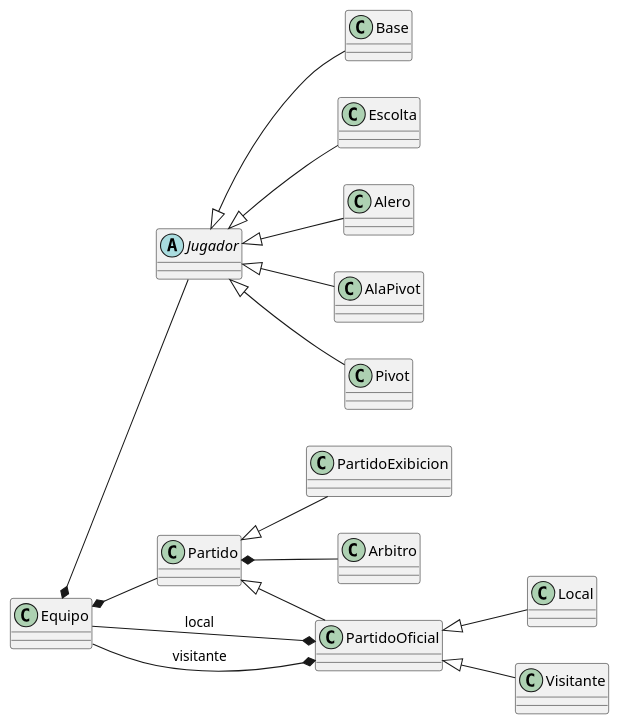
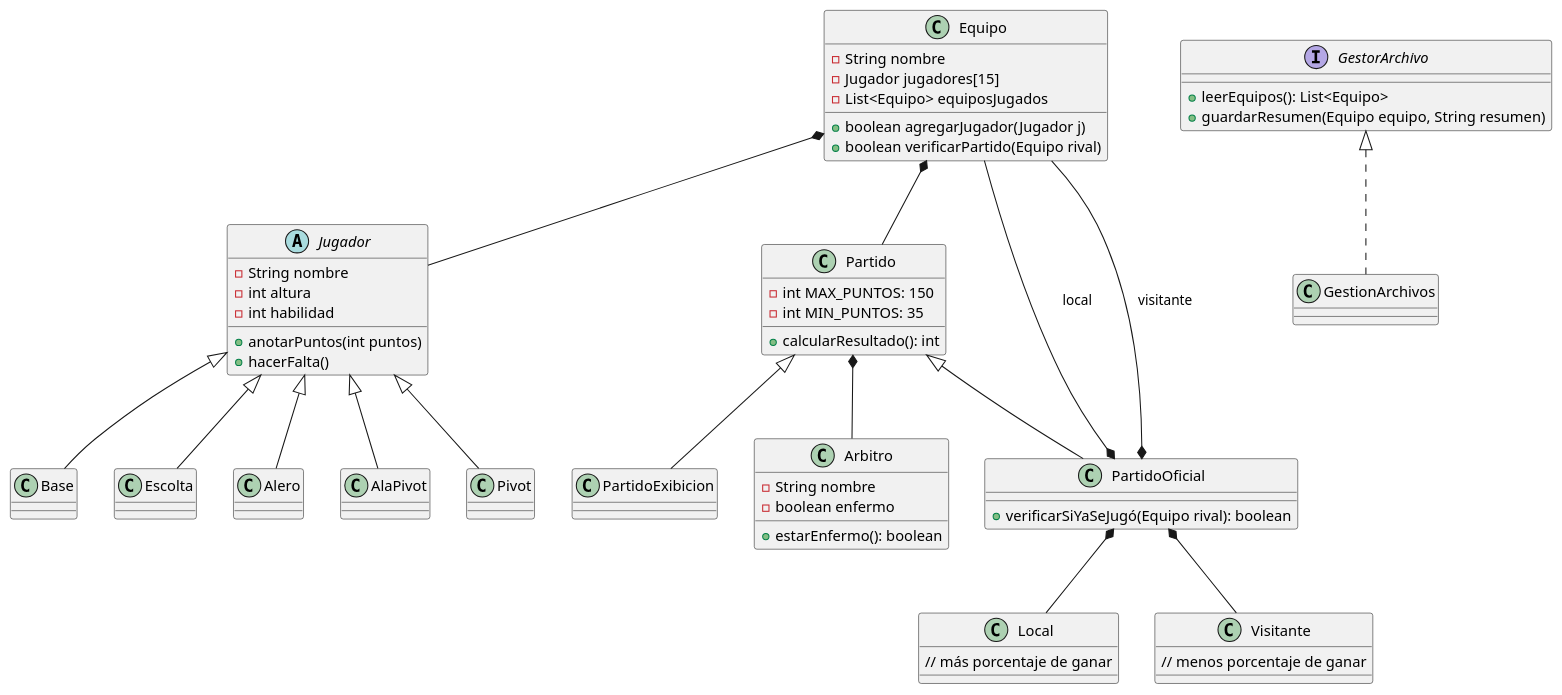
One commit to Jorgge22/Practica_3Evaluacion changed the diagram in practica/disenyo/disenyo.pu. Above: the diagram before and after it, drawn with PlantUML.

Commit message:
Implementacion de metodos y atributos al diseño

```diff
--- a/practica/disenyo/disenyo.pu
+++ b/practica/disenyo/disenyo.pu
@@ -1,69 +1,87 @@
 @startuml basket
-left to right direction
-class Equipo{
+top to bottom direction
 
+class Equipo {
+    -String nombre
+    -Jugador jugadores[15]
+    -List<Equipo> equiposJugados
+    +boolean agregarJugador(Jugador j)
+    +boolean verificarPartido(Equipo rival) 
 }
 
-abstract class Jugador{
-
-}
-class Base{
-
-}
-class Escolta{
-
-}
-class Alero{
-
-}
-class AlaPivot{
-
-}
-class Pivot{
-
+abstract class Jugador {
+    -String nombre
+    -int altura
+    -int habilidad
+    +anotarPuntos(int puntos)
+    +hacerFalta()
 }
 
-class Partido{
-
-}
-class PartidoExibicion{
-
-}
-class PartidoOficial{
-
-
-}
-class Local{
-
-}
-class Visitante{
-
+class Base {
 }
 
-class Arbitro{
+class Escolta {
+}
 
+class Alero {
+}
+
+class AlaPivot {
+}
+
+class Pivot {
+}
+
+class Partido {
+    -int MAX_PUNTOS: 150
+    -int MIN_PUNTOS: 35
+    +calcularResultado(): int
+}
+
+class PartidoExibicion {
+}
+
+class PartidoOficial {
+    +verificarSiYaSeJugó(Equipo rival): boolean
+}
+
+class Local {
+    // más porcentaje de ganar
+}
+
+class Visitante {
+    // menos porcentaje de ganar
+}
+
+class Arbitro {
+    -String nombre
+    -boolean enfermo
+    +estarEnfermo(): boolean
+}
+
+interface GestorArchivo {
+    +leerEquipos(): List<Equipo>
+    +guardarResumen(Equipo equipo, String resumen)
 }
 
 Equipo *-- Jugador
+Equipo *-- Partido
 
 Jugador <|-- Base
 Jugador <|-- Escolta
 Jugador <|-- Alero
 Jugador <|-- AlaPivot
 Jugador <|-- Pivot
 
+Partido *-- Arbitro
+PartidoOficial *-- Local
+PartidoOficial *-- Visitante
+PartidoOficial *-- Equipo : local
+PartidoOficial *-- Equipo : visitante
+
 Partido <|-- PartidoExibicion
 Partido <|-- PartidoOficial
 
-PartidoOficial <|-- Local
-PartidoOficial <|-- Visitante
-PartidoOficial *-- Equipo : local
-PartidoOficial *-- Equipo : visitante
-
-
-Equipo *-- Partido
-
-Partido *-- Arbitro
-
+GestorArchivo <|.. GestionArchivos
 
 @enduml
```
